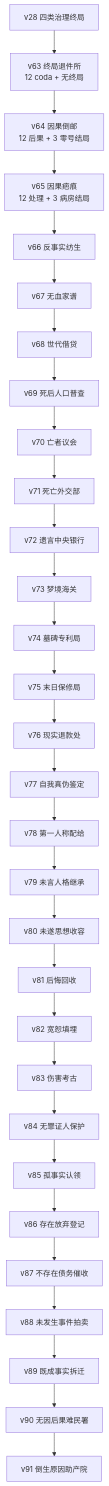
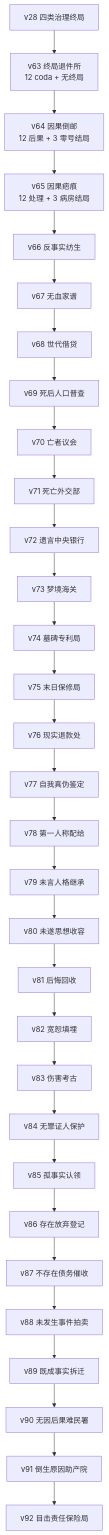
The third of 7 diagrams in docs/GameplayFlow.md (IwannaYuJie/goddead), drawn with Mermaid before and after one commit. The commit also changed other lines of this file and 15 other files, not shown here.

````diff
--- a/docs/GameplayFlow.md
+++ b/docs/GameplayFlow.md
@@ -152,32 +152,33 @@
 ```mermaid
 flowchart TD
     V28[v28 四类治理终局] --> V63[v63 终局退件所\n12 coda + 无终局]
     V63 --> V64[v64 因果倒邮\n12 后果 + 3 零号结局]
     V64 --> V65[v65 因果疤痕\n12 处理 + 3 病房结局]
     V65 --> V66[v66 反事实纺生]
     V66 --> V67[v67 无血家谱]
     V67 --> V68[v68 世代借贷]
     V68 --> V69[v69 死后人口普查]
     V69 --> V70[v70 亡者议会]
     V70 --> V71[v71 死亡外交部]
     V71 --> V72[v72 遗言中央银行]
     V72 --> V73[v73 梦境海关]
     V73 --> V74[v74 墓碑专利局]
     V74 --> V75[v75 末日保修局]
     V75 --> V76[v76 现实退款处]
     V76 --> V77[v77 自我真伪鉴定]
     V77 --> V78[v78 第一人称配给]
     V78 --> V79[v79 未言人格继承]
     V79 --> V80[v80 未遂思想收容]
     V80 --> V81[v81 后悔回收]
     V81 --> V82[v82 宽恕填埋]
     V82 --> V83[v83 伤害考古]
     V83 --> V84[v84 无罪证人保护]
     V84 --> V85[v85 孤事实认领]
     V85 --> V86[v86 存在放弃登记]
     V86 --> V87[v87 不存在债务催收]
     V87 --> V88[v88 未发生事件拍卖]
     V88 --> V89[v89 既成事实拆迁]
     V89 --> V90[v90 无因后果难民署]
     V90 --> V91[v91 倒生原因助产院]
+    V91 --> V92[v92 目击责任保险局]
 ```
````
